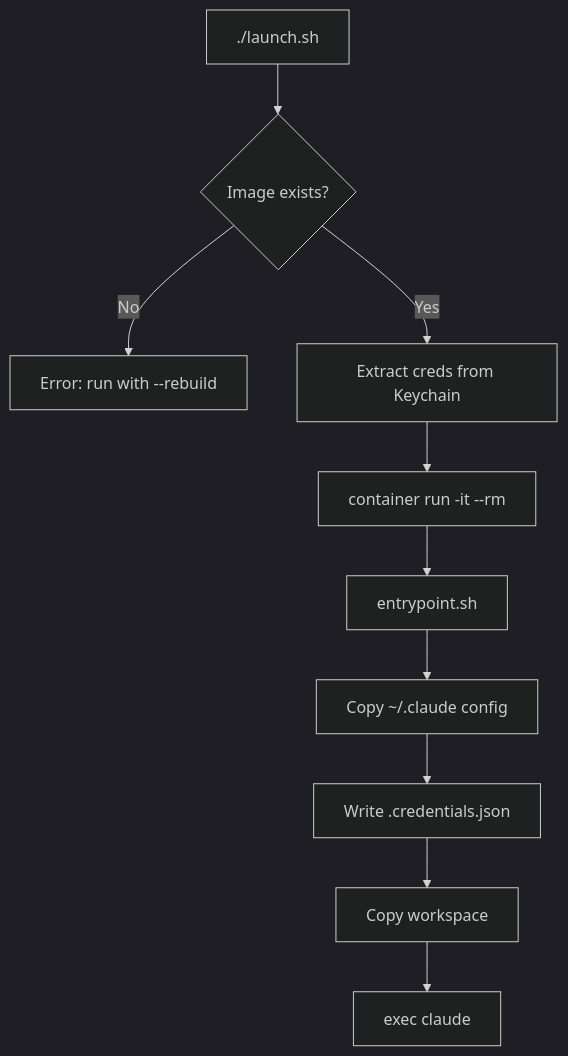
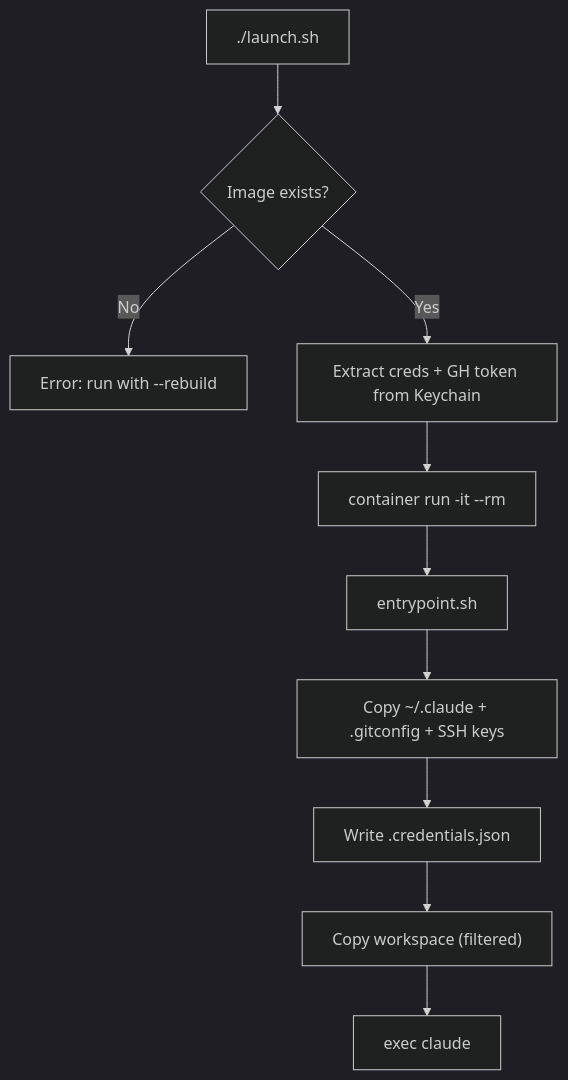
One commit to chew-z/Container changed the third of 8 diagrams in README.md. Above: the diagram before and after it, drawn with Mermaid (dark theme). The commit also changed other lines of this file and 5 other files, not shown here.

````diff
--- a/README.md
+++ b/README.md
@@ -80,12 +92,12 @@
 ```mermaid
 flowchart TB
     Start["./launch.sh"] --> Build{Image exists?}
     Build -->|No| Error["Error: run with --rebuild"]
-    Build -->|Yes| Extract["Extract creds from Keychain"]
+    Build -->|Yes| Extract["Extract creds + GH token from Keychain"]
     Extract --> Run["container run -it --rm"]
     Run --> Entry["entrypoint.sh"]
-    Entry --> Copy["Copy ~/.claude config"]
-    Copy --> Creds["Write .credentials.json"]
-    Creds --> WS["Copy workspace"]
+    Entry --> Config["Copy ~/.claude + .gitconfig + SSH keys"]
+    Config --> Creds["Write .credentials.json"]
+    Creds --> WS["Copy workspace (filtered)"]
     WS --> Exec["exec claude"]
 ```
````
